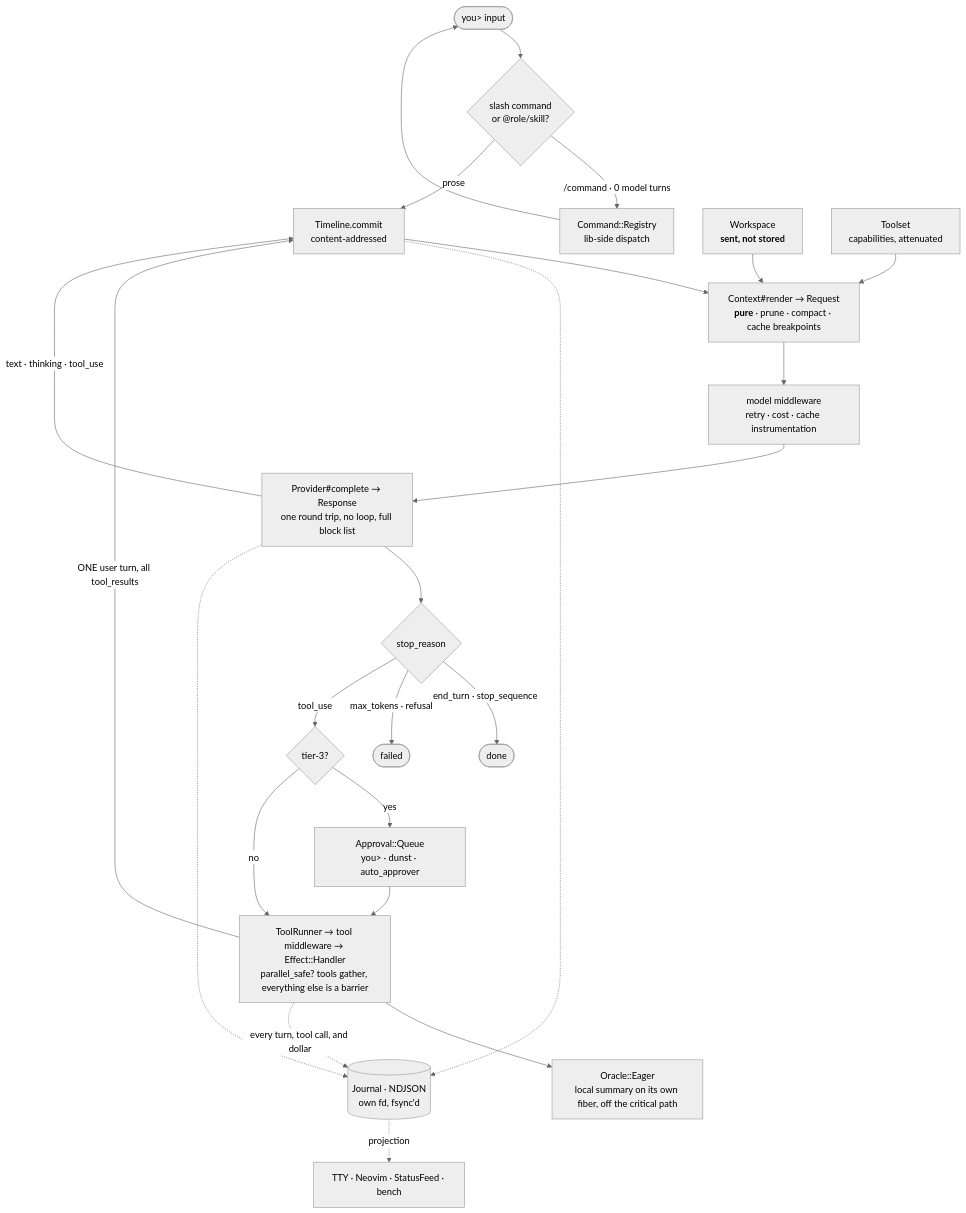
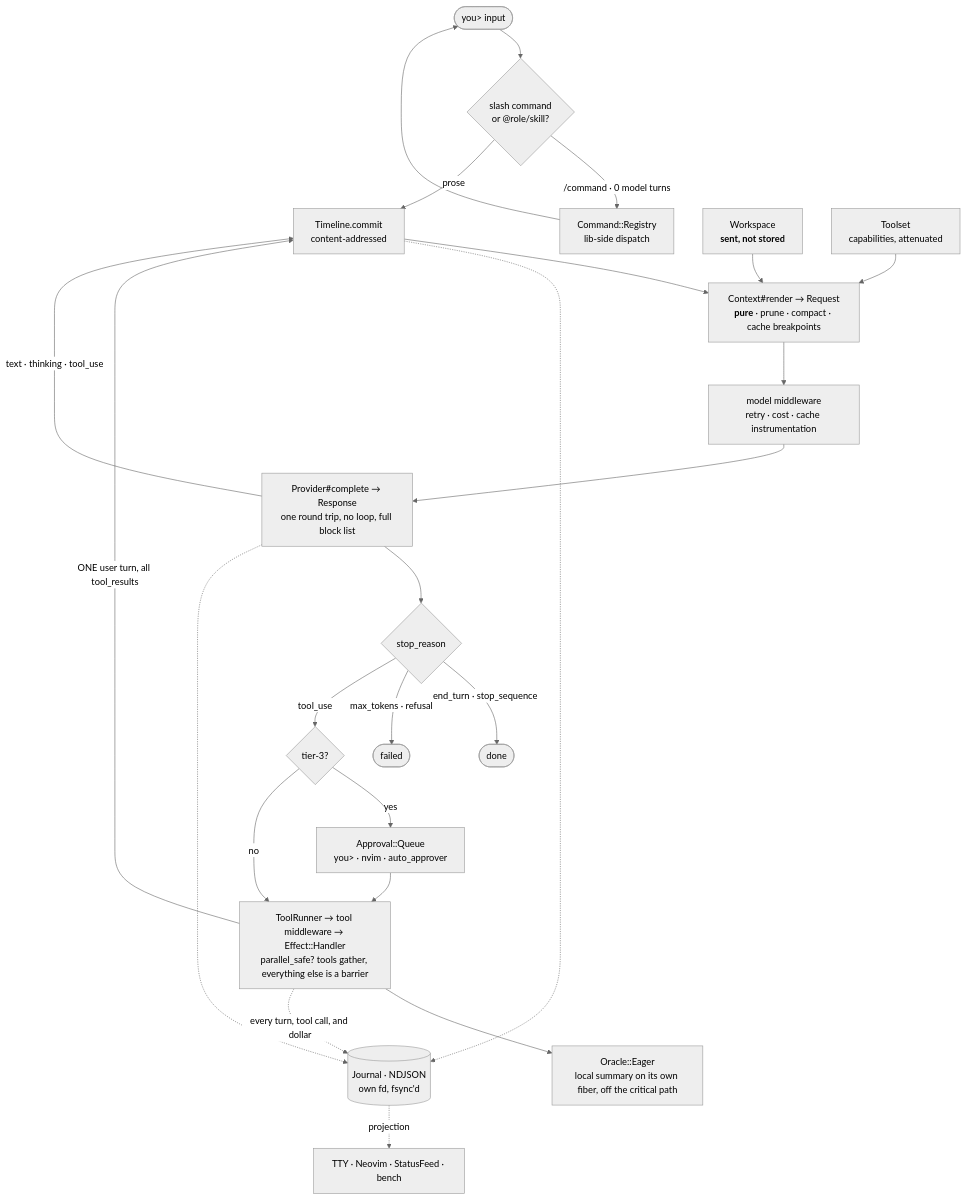
One commit to liaden/lain changed the diagram in README.md. Above: the diagram before and after it, drawn with Mermaid (neutral theme). The commit also changed other lines of this file and 45 other files, not shown here.

````diff
--- a/README.md
+++ b/README.md
@@ -127,27 +126,27 @@
 ```mermaid
 flowchart TB
   IN(["you&gt; input"]) --> DISP{"slash command<br/>or @role/skill?"}
   DISP -->|"/command · 0 model turns"| CMD["Command::Registry<br/>lib-side dispatch"] --> IN
   DISP -->|prose| TL
 
   TL["Timeline.commit<br/>content-addressed"] --> CTX
   WS["Workspace<br/><b>sent, not stored</b>"] --> CTX
   TS["Toolset<br/>capabilities, attenuated"] --> CTX
   CTX["Context#render → Request<br/><b>pure</b> · prune · compact · cache breakpoints"] --> MW
   MW["model middleware<br/>retry · cost · cache instrumentation"] --> P
   P["Provider#complete → Response<br/>one round trip, no loop, full block list"] --> SR{"stop_reason"}
   P -->|"text · thinking · tool_use"| TL
 
   SR -->|"end_turn · stop_sequence"| DONE([done])
   SR -->|"max_tokens · refusal"| FAIL([failed])
   SR -->|tool_use| GATE{"tier-3?"}
-  GATE -->|yes| APR["Approval::Queue<br/>you&gt; · dunst · auto_approver"] --> EXEC
+  GATE -->|yes| APR["Approval::Queue<br/>you&gt; · nvim · auto_approver"] --> EXEC
   GATE -->|no| EXEC["ToolRunner → tool middleware → Effect::Handler<br/>parallel_safe? tools gather, everything else is a barrier"]
   EXEC -->|"ONE user turn, all tool_results"| TL
   EXEC --> SUM["Oracle::Eager<br/>local summary on its own fiber, off the critical path"]
 
   TL -.-> J
   P -.-> J
   EXEC -.->|every turn, tool call, and dollar| J[("Journal · NDJSON<br/>own fd, fsync'd")]
   J -.->|projection| UI["TTY · Neovim · StatusFeed · bench"]
 ```
````
